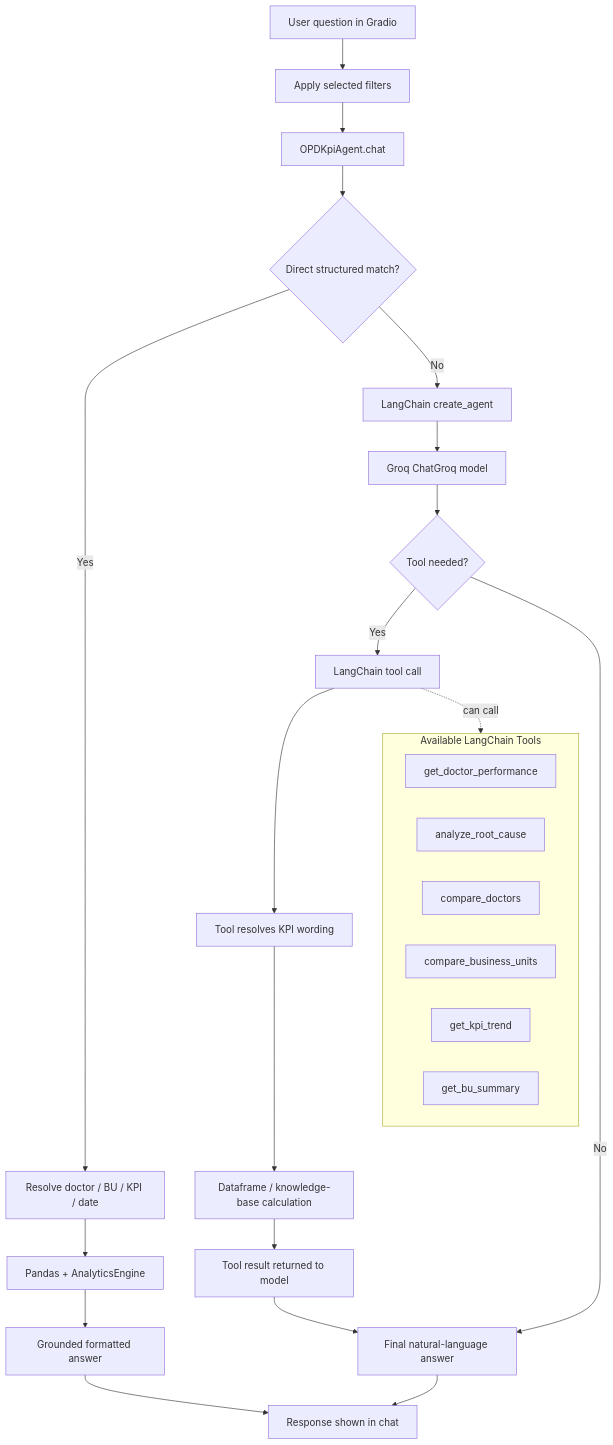
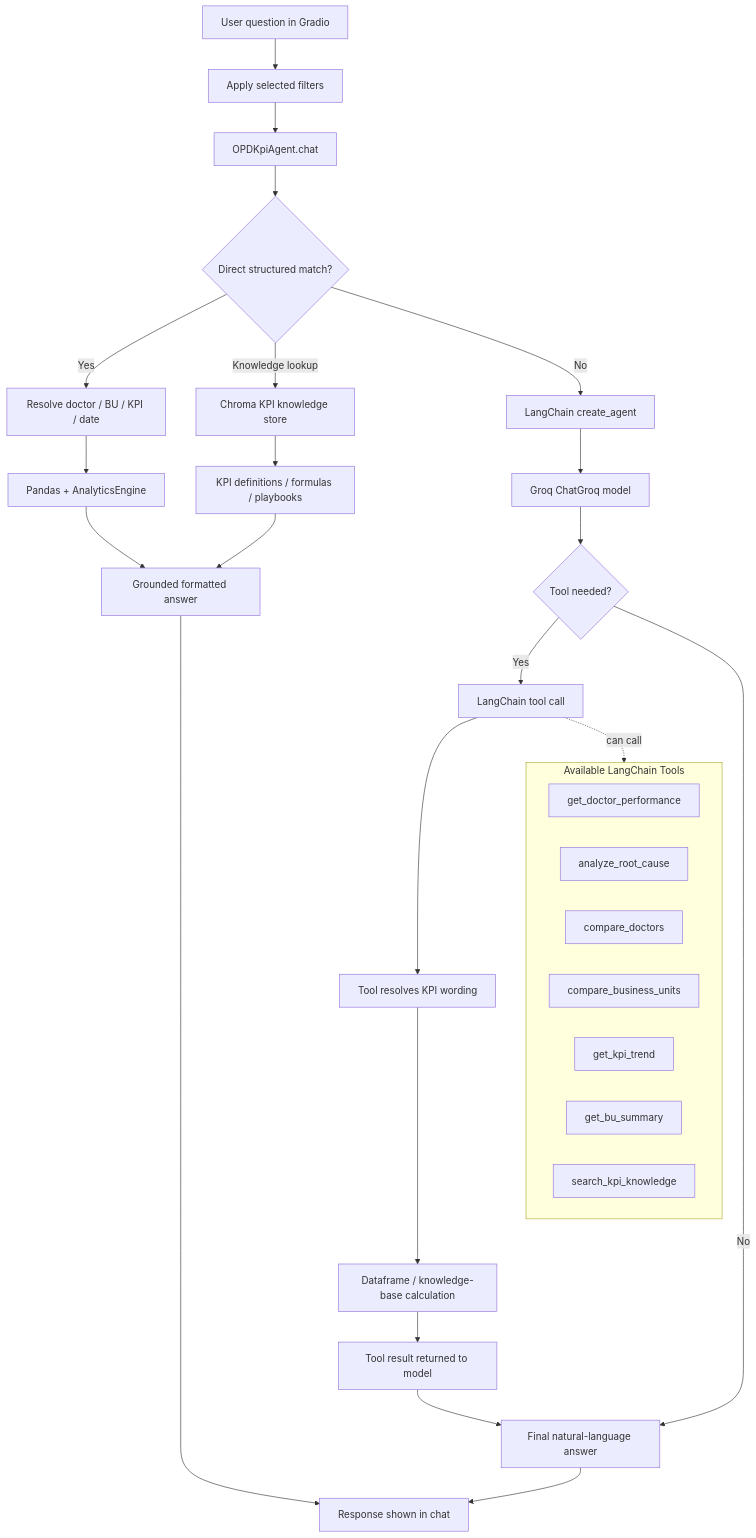
Before and after one commit to nouran25/opd-kpi-agent: the diagram in README.md, drawn with Mermaid. The commit also changed other lines of this file and 13 other files, not shown here.

````diff
--- a/README.md
+++ b/README.md
@@ -273,34 +298,39 @@
 ```mermaid
 flowchart TD
     A["User question in Gradio"] --> B["Apply selected filters"]
     B --> C["OPDKpiAgent.chat"]
     C --> D{"Direct structured match?"}
 
     D -->|Yes| E["Resolve doctor / BU / KPI / date"]
     E --> F["Pandas + AnalyticsEngine"]
     F --> G["Grounded formatted answer"]
+
+    D -->|Knowledge lookup| Q["Chroma KPI knowledge store"]
+    Q --> R["KPI definitions / formulas / playbooks"]
+    R --> G
 
     D -->|No| H["LangChain create_agent"]
     H --> I["Groq ChatGroq model"]
     I --> J{"Tool needed?"}
     J -->|Yes| K["LangChain tool call"]
     K --> L["Tool resolves KPI wording"]
     L --> M["Dataframe / knowledge-base calculation"]
     M --> N["Tool result returned to model"]
     N --> O["Final natural-language answer"]
 
     J -->|No| O
     G --> P["Response shown in chat"]
     O --> P
 
     subgraph Tools["Available LangChain Tools"]
       T1["get_doctor_performance"]
       T2["analyze_root_cause"]
       T3["compare_doctors"]
       T4["compare_business_units"]
       T5["get_kpi_trend"]
       T6["get_bu_summary"]
+      T7["search_kpi_knowledge"]
     end
 
     K -. can call .-> Tools
 ```
````
